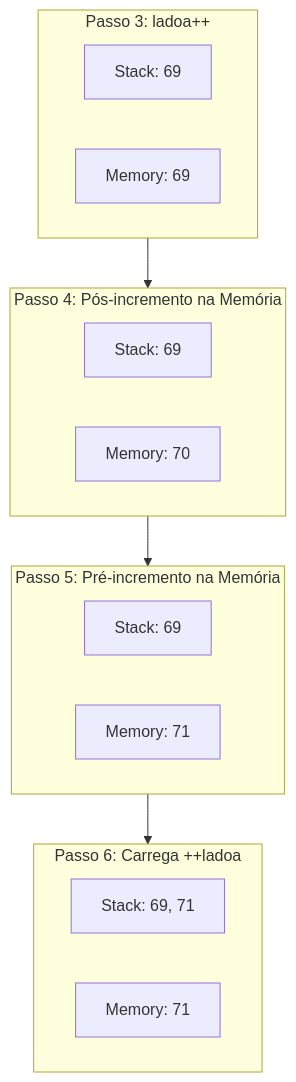
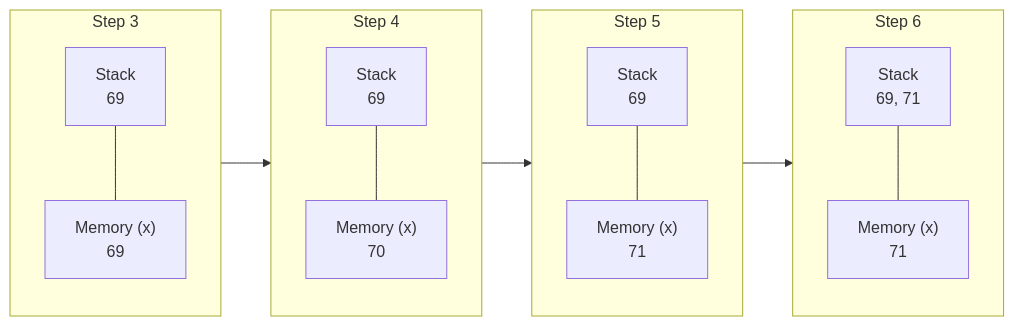
Before and after one commit to AugustoSavi/blog: the diagram in _posts/2026-04-02-por-que-ladoa-plus-plus-igual-igual-plus-plus-ladoa-e-false.md, drawn with Mermaid. The commit also changed other lines of this file, not shown here.

Commit message:
fix: Update variable names in Java increment comparison blog post for consistency

````diff
--- a/_posts/2026-04-02-por-que-ladoa-plus-plus-igual-igual-plus-plus-ladoa-e-false.md
+++ b/_posts/2026-04-02-por-que-ladoa-plus-plus-igual-igual-plus-plus-ladoa-e-false.md
@@ -70,24 +70,39 @@
 ```mermaid
-flowchart TD
-    subgraph Passo3 [Passo 3: ladoa++]
-    S1[Stack: 69]
-    M1[Memory: 69]
+flowchart LR
+    %% ===== PASSO 3 =====
+    subgraph P3 ["Step 3"]
+        direction TB
+        S1["Stack<br/>69"]
+        M1["Memory (x)<br/>69"]
     end
 
-    subgraph Passo4 [Passo 4: Pós-incremento na Memória]
-    S2[Stack: 69]
-    M2[Memory: 70]
+    %% ===== PASSO 4 =====
+    subgraph P4 ["Step 4"]
+        direction TB
+        S2["Stack<br/>69"]
+        M2["Memory (x)<br/>70"]
     end
 
-    subgraph Passo5 [Passo 5: Pré-incremento na Memória]
-    S3[Stack: 69]
-    M3[Memory: 71]
+    %% ===== PASSO 5 =====
+    subgraph P5 ["Step 5"]
+        direction TB
+        S3["Stack<br/>69"]
+        M3["Memory (x)<br/>71"]
     end
 
-    subgraph Passo6 [Passo 6: Carrega ++ladoa]
-    S4[Stack: 69, 71]
-    M4[Memory: 71]
+    %% ===== PASSO 6 =====
+    subgraph P6 ["Step 6"]
+        direction TB
+        S4["Stack<br/>69, 71"]
+        M4["Memory (x)<br/>71"]
     end
 
-    Passo3 --> Passo4 --> Passo5 --> Passo6
+    %% ===== FLOW =====
+    P3 --> P4 --> P5 --> P6
+
+    %% ===== ALIGNMENT (invisible links) =====
+    S1 --- M1
+    S2 --- M2
+    S3 --- M3
+    S4 --- M4
 ```
````
